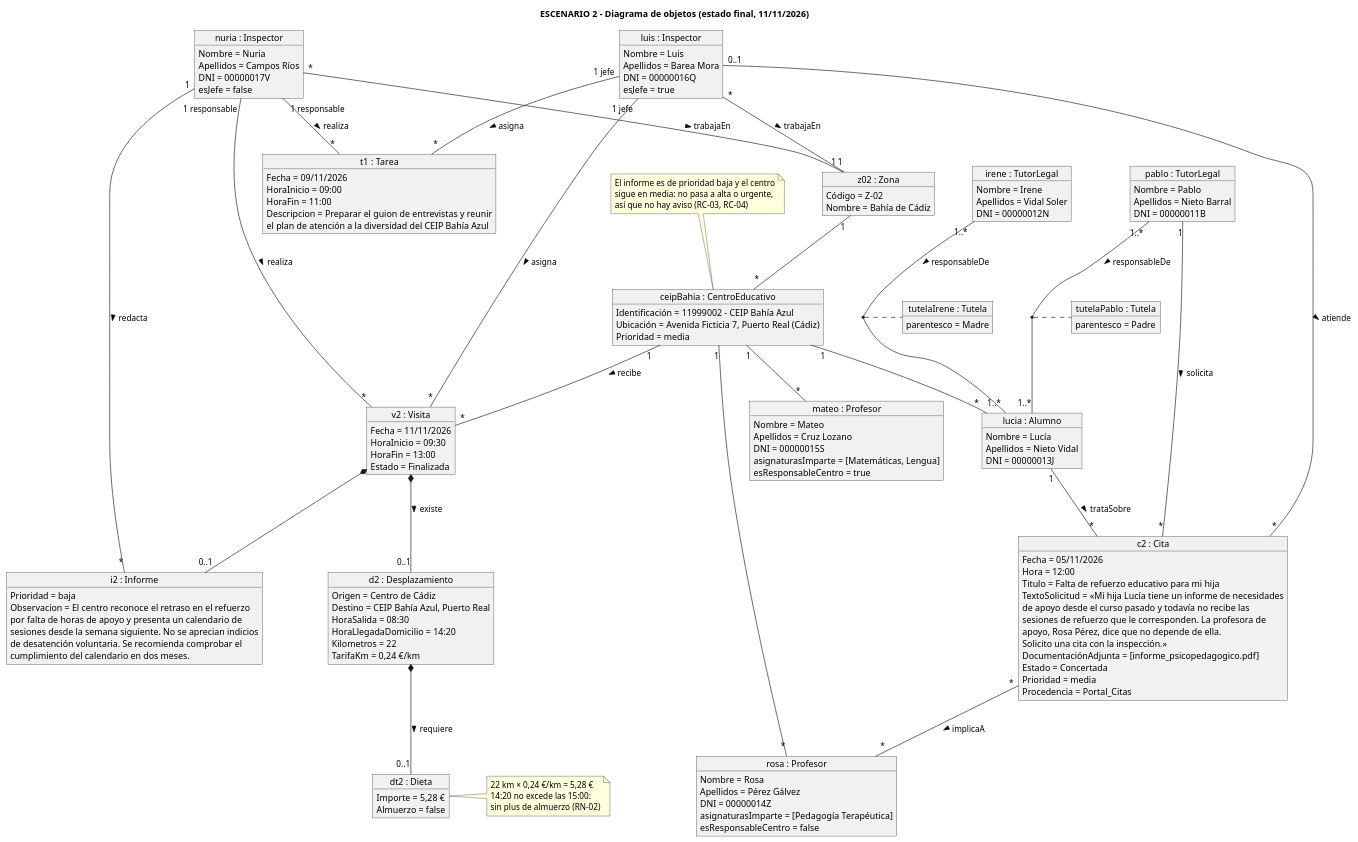
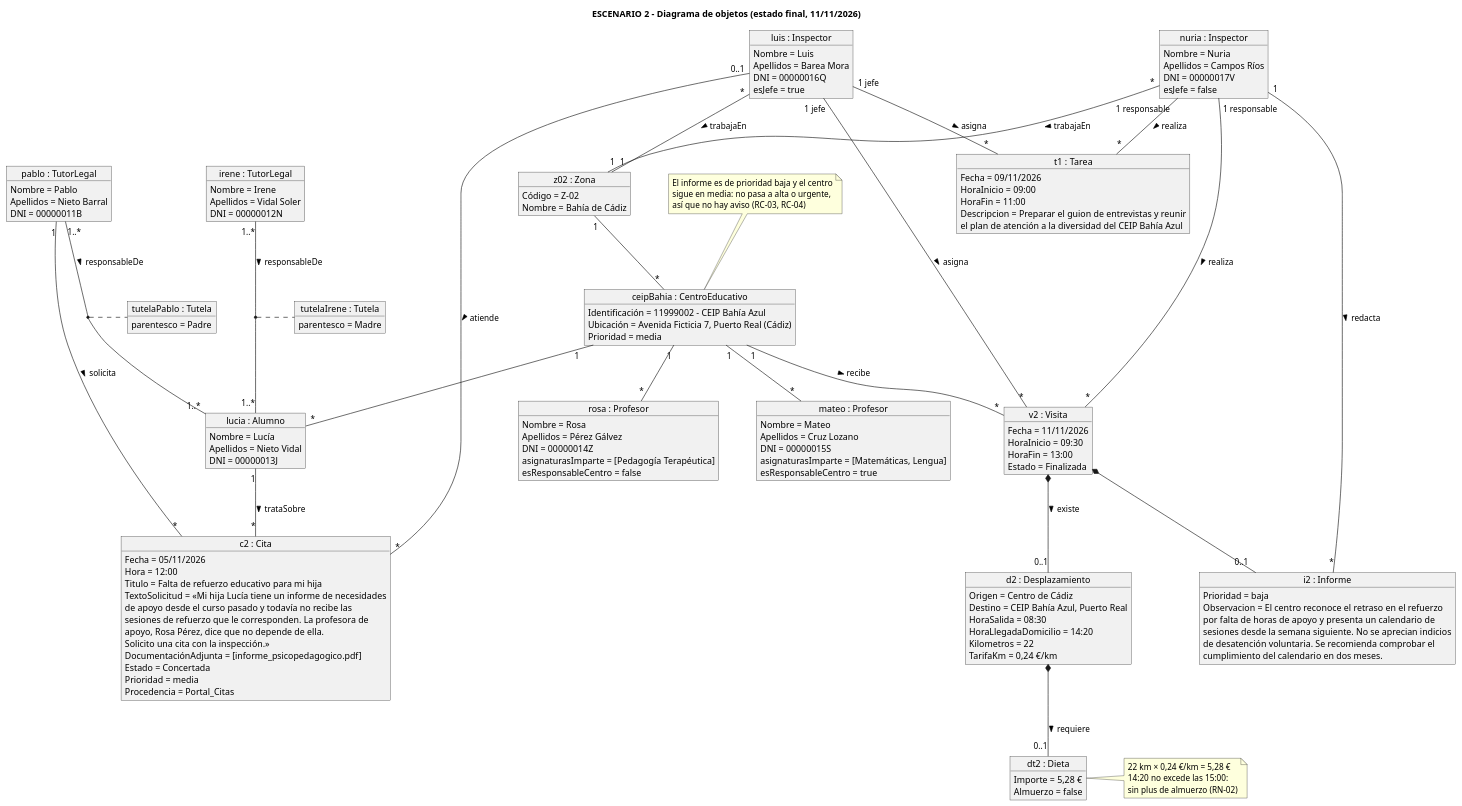
The diagram in escenarios/escenario_2/escenario_2_objetos.puml (lorenzomaranon/ProyectoBD_Inspeccion_Educativa), drawn with PlantUML before and after one commit. The commit also changed 6 other files, not shown here.

```diff
--- a/escenarios/escenario_2/escenario_2_objetos.puml
+++ b/escenarios/escenario_2/escenario_2_objetos.puml
@@ -1,165 +1,164 @@
 @startuml escenario_2_objetos
 skinparam shadowing false
 skinparam ObjectAttributeIconSize 0
 skinparam nodesep 60
 skinparam ranksep 70
 
 title ESCENARIO 2 - Diagrama de objetos (estado final, 11/11/2026)
 
 'PERSONAS'
 object "pablo : TutorLegal" as pablo {
   Nombre = Pablo
   Apellidos = Nieto Barral
   DNI = 00000011B
 }
 object "irene : TutorLegal" as irene {
   Nombre = Irene
   Apellidos = Vidal Soler
   DNI = 00000012N
 }
 object "lucia : Alumno" as lucia {
   Nombre = Lucía
   Apellidos = Nieto Vidal
   DNI = 00000013J
 }
 object "rosa : Profesor" as rosa {
   Nombre = Rosa
   Apellidos = Pérez Gálvez
   DNI = 00000014Z
   asignaturasImparte = [Pedagogía Terapéutica]
   esResponsableCentro = false
 }
 object "mateo : Profesor" as mateo {
   Nombre = Mateo
   Apellidos = Cruz Lozano
   DNI = 00000015S
   asignaturasImparte = [Matemáticas, Lengua]
   esResponsableCentro = true
 }
 object "luis : Inspector" as luis {
   Nombre = Luis
   Apellidos = Barea Mora
   DNI = 00000016Q
   esJefe = true
 }
 object "nuria : Inspector" as nuria {
   Nombre = Nuria
   Apellidos = Campos Ríos
   DNI = 00000017V
   esJefe = false
 }
 
 'TUTELAS'
 object "tutelaPablo : Tutela" as tutelaPablo {
   parentesco = Padre
 }
 object "tutelaIrene : Tutela" as tutelaIrene {
   parentesco = Madre
 }
 
 'ZONA Y CENTRO'
 object "z02 : Zona" as z02 {
   Código = Z-02
   Nombre = Bahía de Cádiz
 }
 object "ceipBahia : CentroEducativo" as ceipBahia {
   Identificación = 11999002 – CEIP Bahía Azul
   Ubicación = Avenida Ficticia 7, Puerto Real (Cádiz)
   Prioridad = media
 }
 
 'CITA'
 object "c2 : Cita" as c2 {
   Fecha = 05/11/2026
   Hora = 12:00
   Titulo = Falta de refuerzo educativo para mi hija
   TextoSolicitud = «Mi hija Lucía tiene un informe de necesidades
     de apoyo desde el curso pasado y todavía no recibe las
     sesiones de refuerzo que le corresponden. La profesora de
     apoyo, Rosa Pérez, dice que no depende de ella.
     Solicito una cita con la inspección.»
   DocumentaciónAdjunta = [informe_psicopedagogico.pdf]
   Estado = Concertada
   Prioridad = media
   Procedencia = Portal_Citas
 }
 
 'ACTIVIDADES'
 object "t1 : Tarea" as t1 {
   Fecha = 09/11/2026
   HoraInicio = 09:00
   HoraFin = 11:00
   Descripcion = Preparar el guion de entrevistas y reunir
     el plan de atención a la diversidad del CEIP Bahía Azul
 }
 object "v2 : Visita" as v2 {
   Fecha = 11/11/2026
   HoraInicio = 09:30
   HoraFin = 13:00
   Estado = Finalizada
 }
 object "d2 : Desplazamiento" as d2 {
   Origen = Centro de Cádiz
   Destino = CEIP Bahía Azul, Puerto Real
   HoraSalida = 08:30
   HoraLlegadaDomicilio = 14:20
   Kilometros = 22
   TarifaKm = 0,24 €/km
 }
 object "dt2 : Dieta" as dt2 {
   Importe = 5,28 €
   Almuerzo = false
 }
 object "i2 : Informe" as i2 {
   Prioridad = baja
   Observacion = El centro reconoce el retraso en el refuerzo
     por falta de horas de apoyo y presenta un calendario de
     sesiones desde la semana siguiente. No se aprecian indicios
     de desatención voluntaria. Se recomienda comprobar el
     cumplimiento del calendario en dos meses.
 }
 
 'ENLACES: FAMILIA'
 pablo "1..*" -- "1..*" lucia : responsableDe >
 irene "1..*" -- "1..*" lucia : responsableDe >
 (pablo, lucia) .. tutelaPablo
 (irene, lucia) .. tutelaIrene
 
 'ENLACES: CITA'
 pablo "1" -- "*" c2 : solicita >
 lucia "1" -- "*" c2 : trataSobre >
-c2 "*" -- "*" rosa : implicaA >
 luis "0..1" -- "*" c2 : atiende >
 
 'ENLACES: ACTIVIDADES'
 luis "1 jefe" -- "*" t1 : asigna >
 luis "1 jefe" -- "*" v2 : asigna >
 nuria "1 responsable" -- "*" t1 : realiza >
 nuria "1 responsable" -- "*" v2 : realiza >
 nuria "1" -- "*" i2 : redacta >
 ceipBahia "1" -- "*" v2 : recibe >
 v2 *-- "0..1" i2
 v2 *-- "0..1" d2 : existe >
 d2 *-- "0..1" dt2 : requiere >
 
 'ENLACES: CENTRO Y ZONA'
 ceipBahia "1" -- "*" lucia
 ceipBahia "1" -- "*" rosa
 ceipBahia "1" -- "*" mateo
 z02 "1" -- "*" ceipBahia
 luis "*" -- "1" z02 : trabajaEn >
 nuria "*" -- "1" z02 : trabajaEn >
 
 note right of dt2
   22 km × 0,24 €/km = 5,28 €
   14:20 no excede las 15:00:
   sin plus de almuerzo (RN-02)
 end note
 
 note top of ceipBahia
   El informe es de prioridad baja y el centro
   sigue en media: no pasa a alta o urgente,
   así que no hay aviso (RC-03, RC-04)
 end note
 
 @enduml
```
